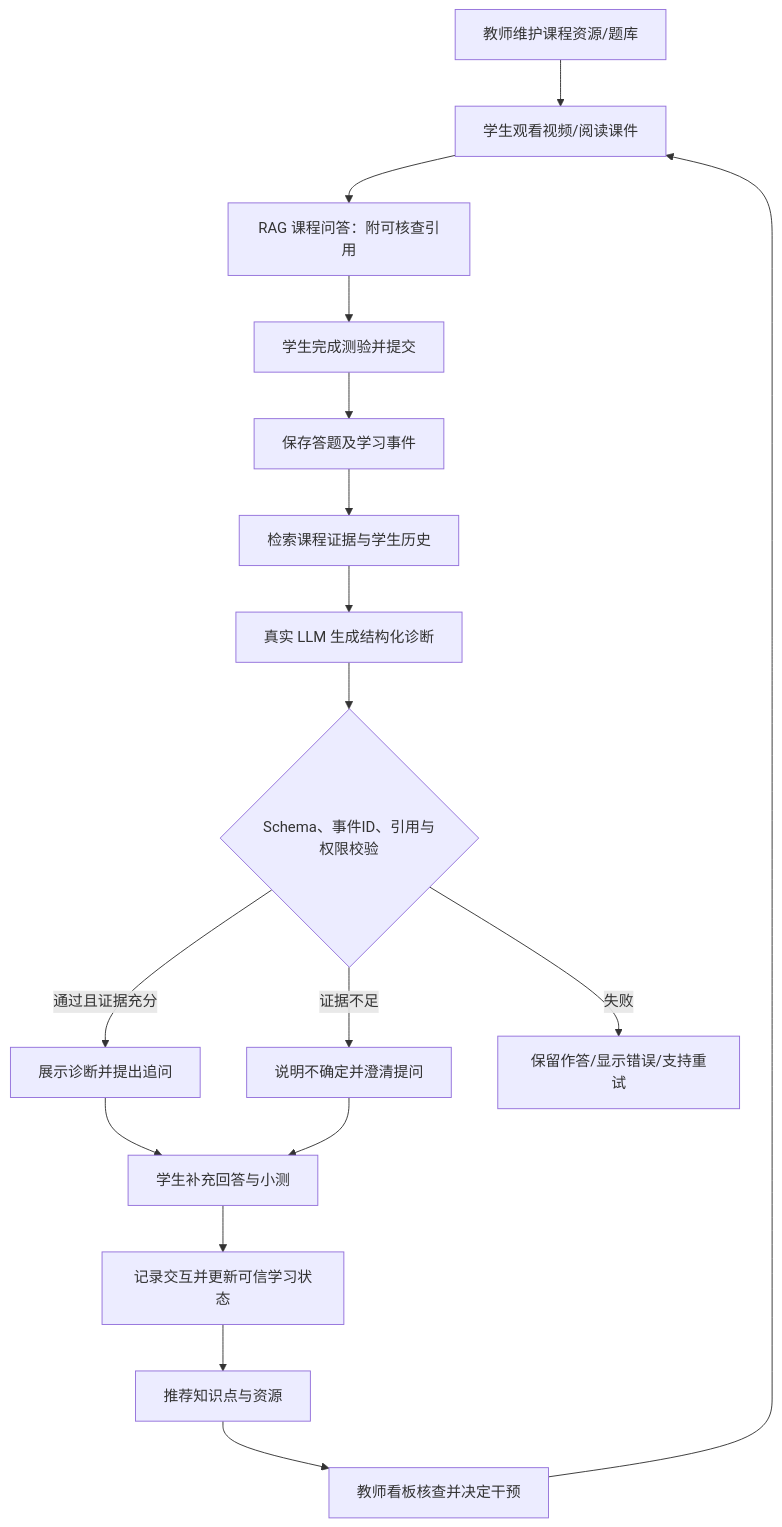
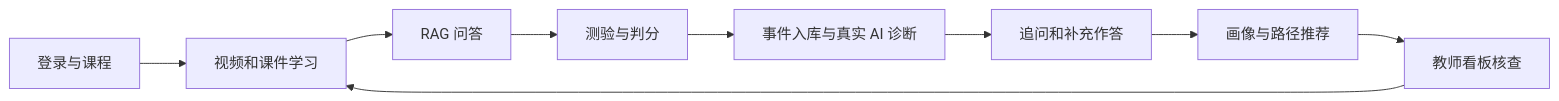
The diagram in 需求规划.md (sickQC/segongcheng), drawn with Mermaid before and after one commit. The commit also changed other lines of this file and 66 other files, not shown here.

````diff
--- a/需求规划.md
+++ b/需求规划.md
@@ -66,19 +13,11 @@
 ```mermaid
-flowchart TD
-  A[教师维护课程资源/题库] --> B[学生观看视频/阅读课件]
-  B --> C[RAG 课程问答：附可核查引用]
-  C --> D[学生完成测验并提交]
-  D --> E[保存答题及学习事件]
-  E --> F[检索课程证据与学生历史]
-  F --> G[真实 LLM 生成结构化诊断]
-  G --> H{Schema、事件ID、引用与权限校验}
-  H -->|通过且证据充分| I[展示诊断并提出追问]
-  H -->|证据不足| J[说明不确定并澄清提问]
-  H -->|失败| K[保留作答/显示错误/支持重试]
-  I --> L[学生补充回答与小测]
-  J --> L
-  L --> M[记录交互并更新可信学习状态]
-  M --> N[推荐知识点与资源]
-  N --> O[教师看板核查并决定干预]
-  O --> B
+flowchart LR
+  A[登录与课程] --> B[视频和课件学习]
+  B --> C[RAG 问答]
+  C --> D[测验与判分]
+  D --> E[事件入库与真实 AI 诊断]
+  E --> F[追问和补充作答]
+  F --> G[画像与路径推荐]
+  G --> H[教师看板核查]
+  H --> B
 ```
````
